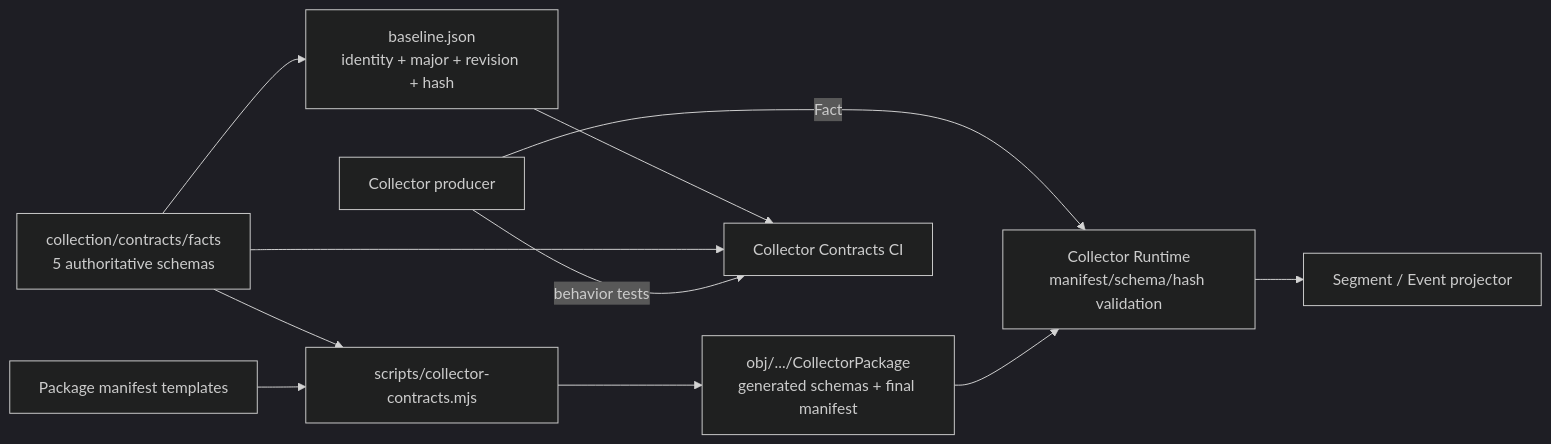
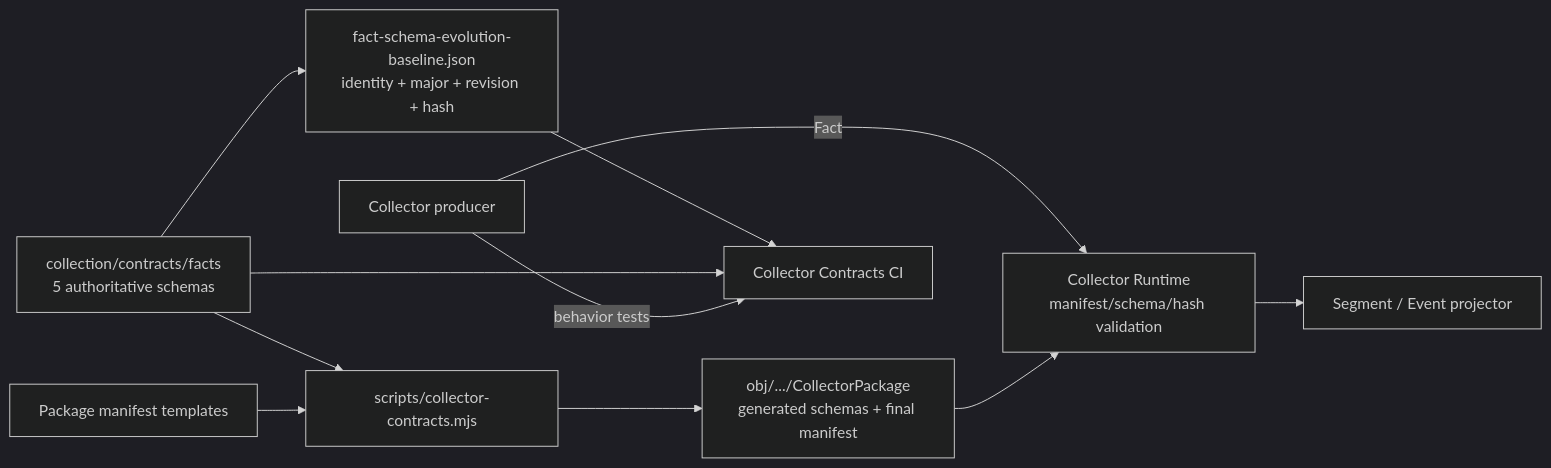
One commit to shenxianovo/Heartbeat changed the third of 3 diagrams in docs/architecture/system-overview.md. Above: the diagram before and after it, drawn with Mermaid (dark theme). The commit also changed other lines of this file and 45 other files, not shown here.

````diff
--- a/docs/architecture/system-overview.md
+++ b/docs/architecture/system-overview.md
@@ -98,23 +98,23 @@
 ```mermaid
 flowchart LR
   AUTH["collection/contracts/facts\n5 authoritative schemas"]
   TOOL["scripts/collector-contracts.mjs"]
   TEMPLATE["Package manifest templates"]
   STAGE["obj/.../CollectorPackage\ngenerated schemas + final manifest"]
   PRODUCER["Collector producer"]
   RUNTIME["Collector Runtime\nmanifest/schema/hash validation"]
   PROJECTOR["Segment / Event projector"]
-  BASE["baseline.json\nidentity + major + revision + hash"]
+  BASE["fact-schema-evolution-baseline.json\nidentity + major + revision + hash"]
   CI["Collector Contracts CI"]
 
   AUTH --> TOOL
   TEMPLATE --> TOOL
   TOOL --> STAGE
   AUTH --> BASE
   PRODUCER -->|"Fact"| RUNTIME
   STAGE --> RUNTIME
   RUNTIME --> PROJECTOR
   BASE --> CI
   AUTH --> CI
   PRODUCER -->|"behavior tests"| CI
 ```
````
